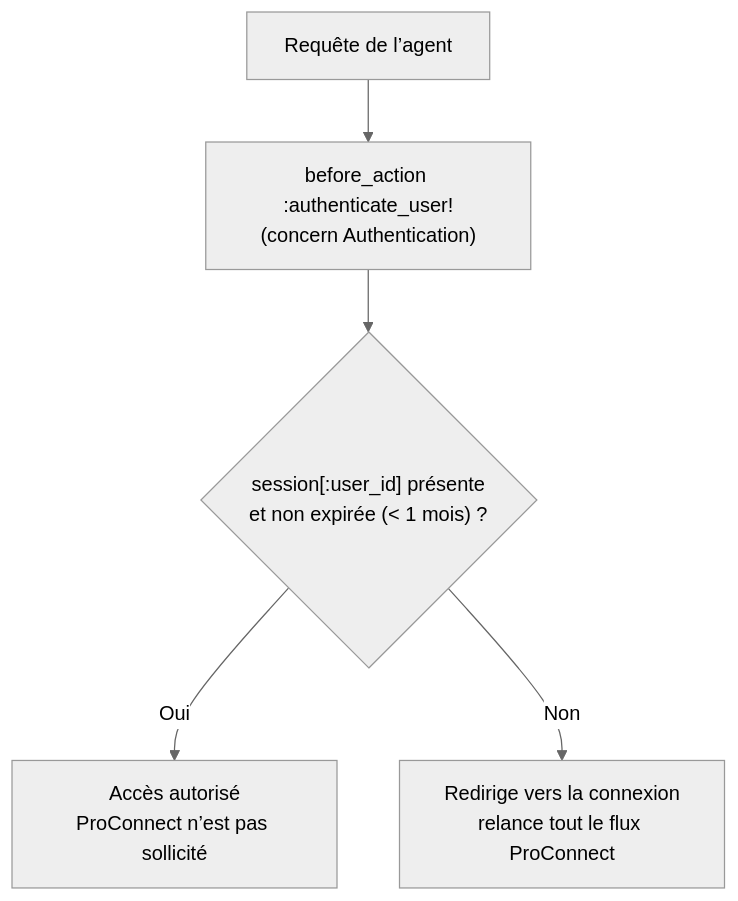
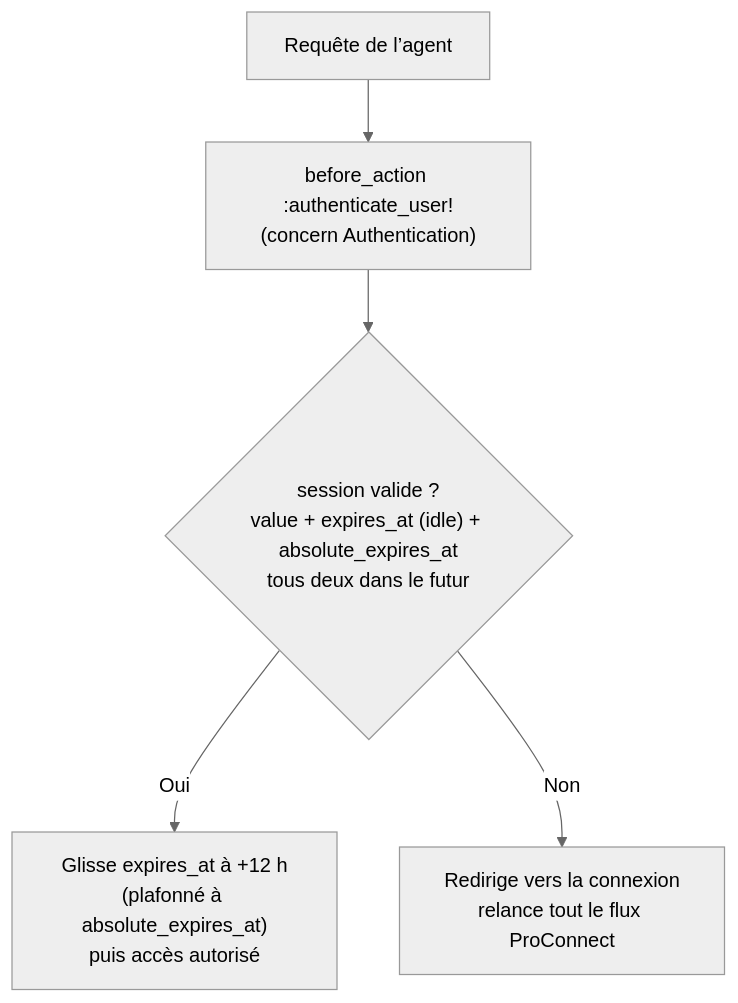
One commit to etalab/data_pass changed the fourth of 5 diagrams in docs/technique/authentification_proconnect.md. Above: the diagram before and after it, drawn with Mermaid (neutral theme). The commit also changed other lines of this file, not shown here.

First line of the commit message:
DP-1789 — Doc : aligne authentification_proconnect sur la session 12 h/24 h

````diff
--- a/docs/technique/authentification_proconnect.md
+++ b/docs/technique/authentification_proconnect.md
@@ -141,7 +153,7 @@
 ```mermaid
 flowchart TD
     A["Requête de l’agent"] --> B["before_action :authenticate_user!<br/>(concern Authentication)"]
-    B --> C{"session[:user_id] présente<br/>et non expirée (< 1 mois) ?"}
-    C -- Oui --> D["Accès autorisé<br/>ProConnect n’est pas sollicité"]
+    B --> C{"session valide ?<br/>value + expires_at (idle) + absolute_expires_at<br/>tous deux dans le futur"}
+    C -- Oui --> D["Glisse expires_at à +12 h<br/>(plafonné à absolute_expires_at)<br/>puis accès autorisé"]
     C -- Non --> E["Redirige vers la connexion<br/>relance tout le flux ProConnect"]
 ```
````
